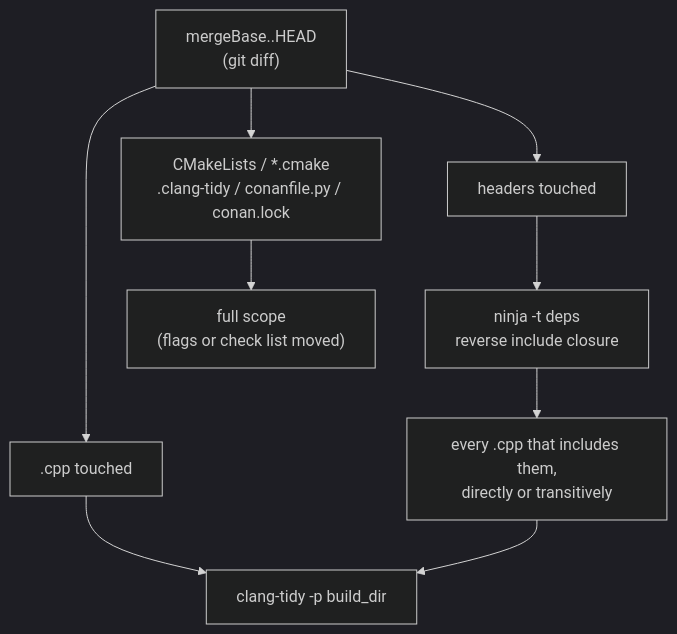
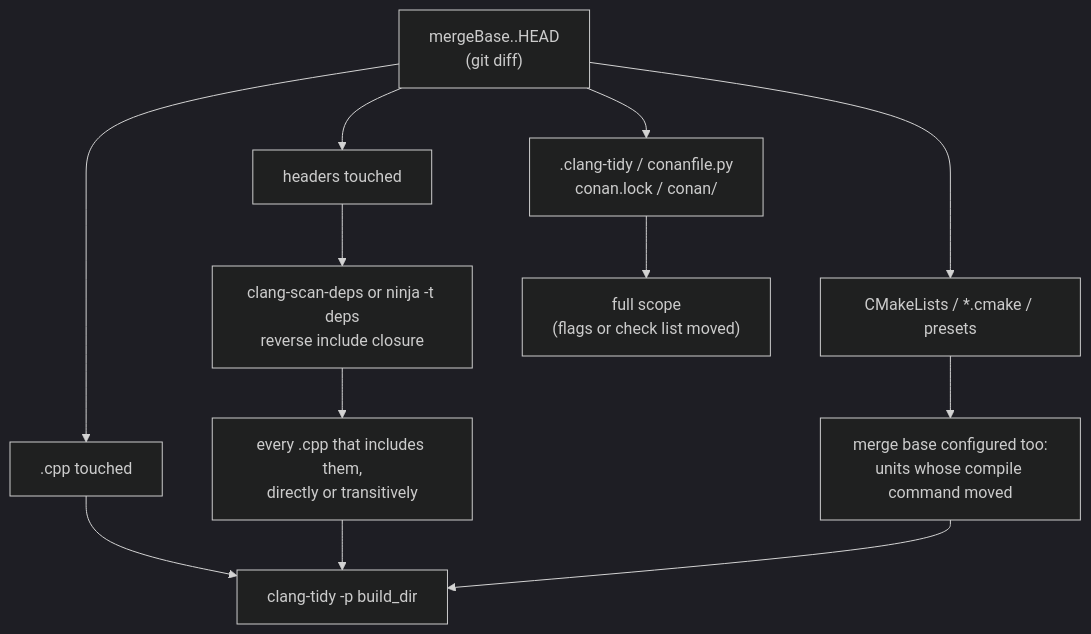
Before and after one commit to Silmaen/Owl: the third of 3 diagrams in doc/pages/continuous_integration.md, drawn with Mermaid (dark theme). The commit also changed other lines of this file and 32 other files, not shown here.

````diff
--- a/doc/pages/continuous_integration.md
+++ b/doc/pages/continuous_integration.md
@@ -465,11 +466,14 @@
 ```mermaid
 flowchart TD
     MB["mergeBase..HEAD<br/>(git diff)"] --> CPP[".cpp touched"]
     MB --> HDR["headers touched"]
-    MB --> CFG["CMakeLists / *.cmake<br/>.clang-tidy / conanfile.py / conan.lock"]
-    HDR --> DEPS["ninja -t deps<br/>reverse include closure"]
+    MB --> CMK["CMakeLists / *.cmake / presets"]
+    CMK --> CMP["merge base configured too:<br/>units whose compile command moved"]
+    MB --> CFG[".clang-tidy / conanfile.py<br/>conan.lock / conan/"]
+    HDR --> DEPS["clang-scan-deps or ninja -t deps<br/>reverse include closure"]
     DEPS --> TU["every .cpp that includes them,<br/>directly or transitively"]
     CPP --> RUN["clang-tidy -p build_dir"]
     TU --> RUN
+    CMP --> RUN
     CFG --> FULL["full scope<br/>(flags or check list moved)"]
 ```
````
